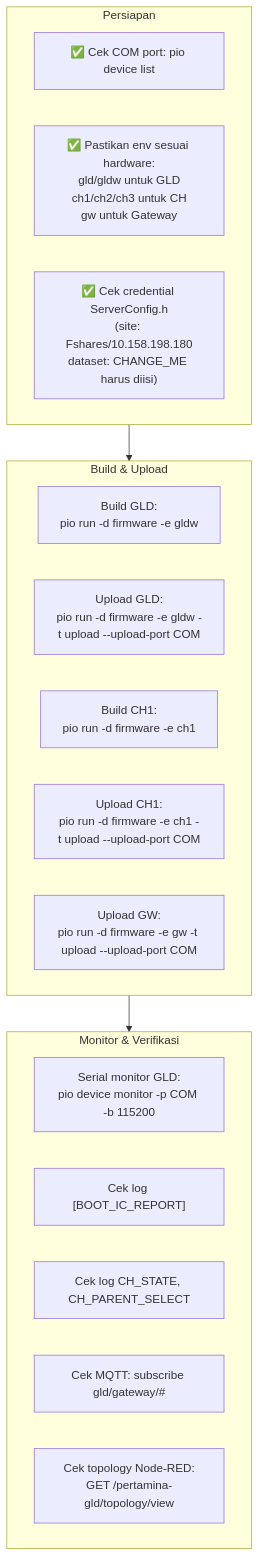
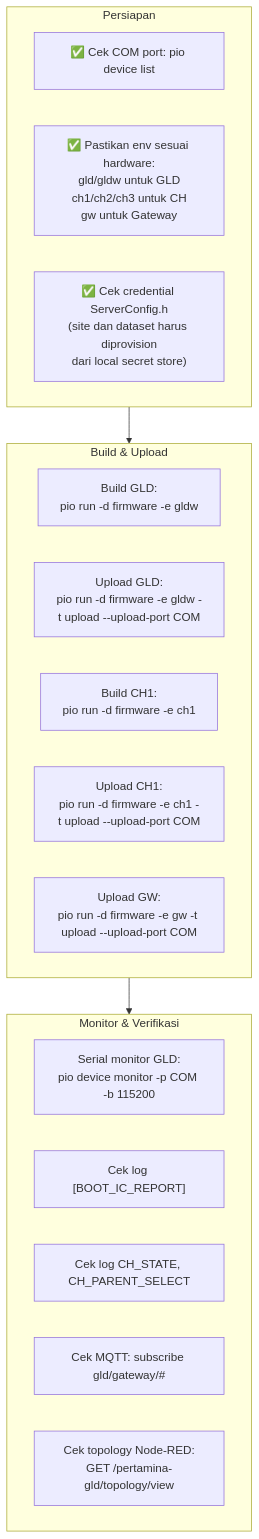
Diagram 23 of 24 in archive/docs/visual-end-to-end/root/Pertamina_GLD_Visual_End_to_End.md (fadlurrahmanf/PertaminaGLD), drawn with Mermaid before and after one commit. The commit also changed other lines of this file and 650 other files, not shown here.

````diff
--- a/archive/docs/visual-end-to-end/root/Pertamina_GLD_Visual_End_to_End.md
+++ b/archive/docs/visual-end-to-end/root/Pertamina_GLD_Visual_End_to_End.md
@@ -1594,26 +1594,26 @@
 ```mermaid
 flowchart TD
     subgraph PRE["Persiapan"]
         P1["✅ Cek COM port: pio device list"]
         P2["✅ Pastikan env sesuai hardware:\ngld/gldw untuk GLD\nch1/ch2/ch3 untuk CH\ngw untuk Gateway"]
-        P3["✅ Cek credential ServerConfig.h\n(site: Fshares/10.158.198.180\ndataset: CHANGE_ME harus diisi)"]
+        P3["✅ Cek credential ServerConfig.h\n(site dan dataset harus diprovision\ndari local secret store)"]
     end
 
     subgraph BUILD["Build & Upload"]
         B1["Build GLD:\npio run -d firmware -e gldw"]
         B2["Upload GLD:\npio run -d firmware -e gldw -t upload --upload-port COM<X>"]
         B3["Build CH1:\npio run -d firmware -e ch1"]
         B4["Upload CH1:\npio run -d firmware -e ch1 -t upload --upload-port COM<Y>"]
         B5["Upload GW:\npio run -d firmware -e gw -t upload --upload-port COM<Z>"]
     end
 
     subgraph MONITOR["Monitor & Verifikasi"]
         M1["Serial monitor GLD:\npio device monitor -p COM<X> -b 115200"]
         M2["Cek log [BOOT_IC_REPORT]"]
         M3["Cek log CH_STATE, CH_PARENT_SELECT"]
         M4["Cek MQTT: subscribe gld/gateway/#"]
         M5["Cek topology Node-RED:\nGET /pertamina-gld/topology/view"]
     end
 
     PRE --> BUILD --> MONITOR
 ```
````
